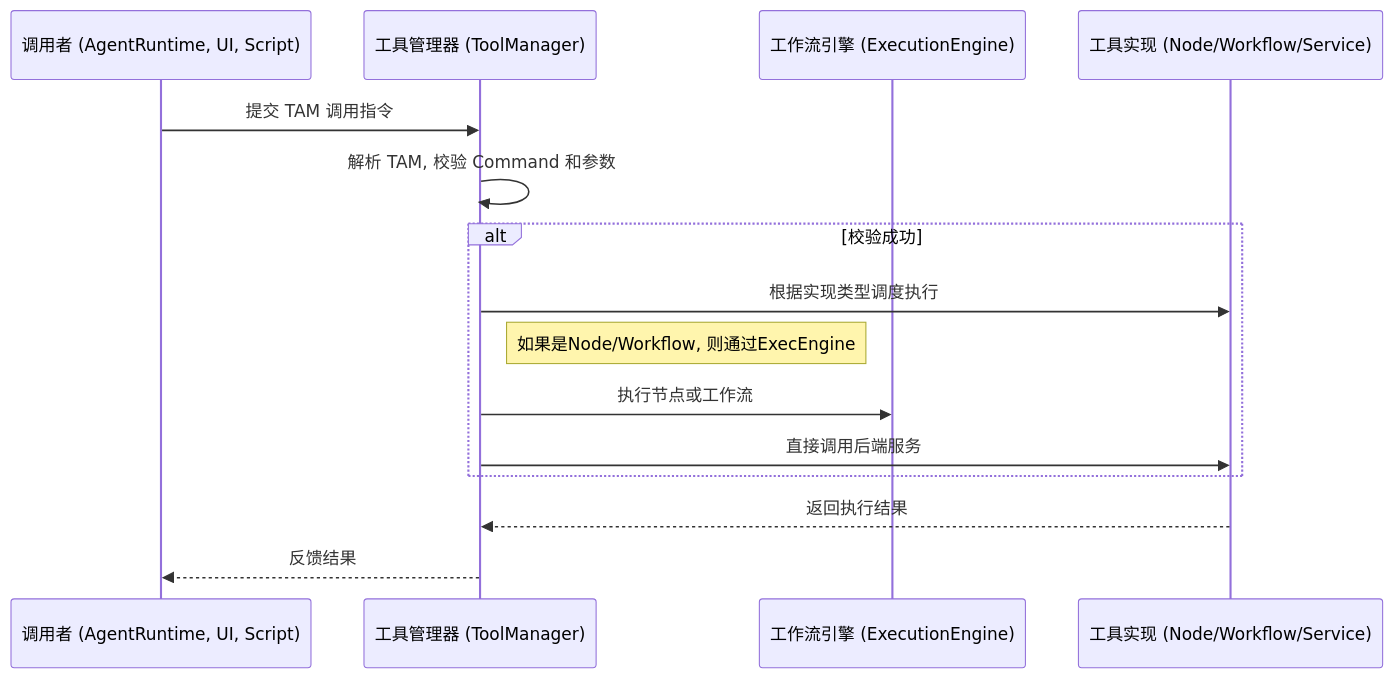
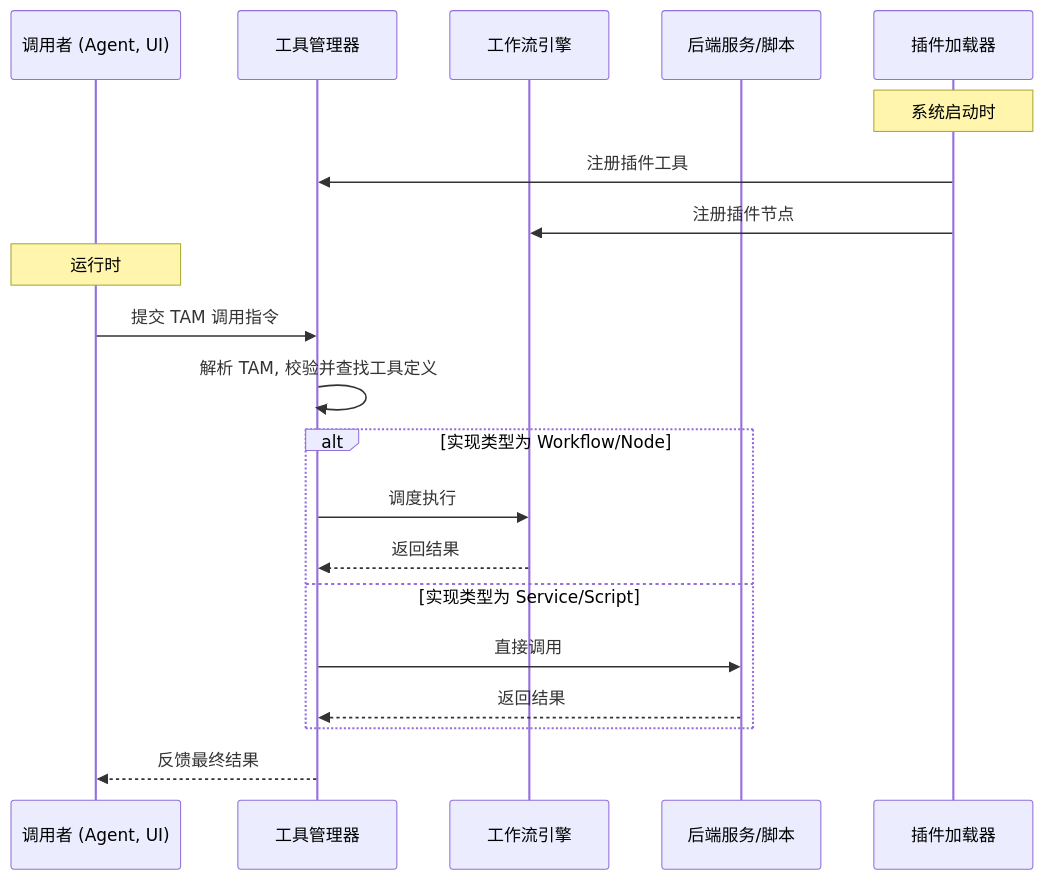
The diagram in DesignDocs/architecture/unified-plugin-and-tool-architecture.md (ComfyTavern/comfytavern), drawn with Mermaid before and after one commit. The commit also changed other lines of this file, not shown here.

````diff
--- a/DesignDocs/architecture/unified-plugin-and-tool-architecture.md
+++ b/DesignDocs/architecture/unified-plugin-and-tool-architecture.md
@@ -677,18 +345,24 @@
 ```mermaid
 sequenceDiagram
-    participant Caller as 调用者 (AgentRuntime, UI, Script)
-    participant ToolManager as 工具管理器 (ToolManager)
-    participant ExecEngine as 工作流引擎 (ExecutionEngine)
-    participant ToolImpl as 工具实现 (Node/Workflow/Service)
+    participant Caller as 调用者 (Agent, UI)
+    participant ToolManager as 工具管理器
+    participant ExecEngine as 工作流引擎
+    participant Service as 后端服务/脚本
+    participant PluginLoader as 插件加载器
 
+    Note over PluginLoader: 系统启动时
+    PluginLoader->>ToolManager: 注册插件工具
+    PluginLoader->>ExecEngine: 注册插件节点
+
+    Note over Caller: 运行时
     Caller->>ToolManager: 提交 TAM 调用指令
-    ToolManager->>ToolManager: 解析 TAM, 校验 Command 和参数
-    alt 校验成功
-        ToolManager->>ToolImpl: 根据实现类型调度执行
-        Note right of ToolManager: 如果是Node/Workflow, 则通过ExecEngine
-        ToolManager->>ExecEngine: 执行节点或工作流
-        ToolManager->>ToolImpl: 直接调用后端服务
+    ToolManager->>ToolManager: 解析 TAM, 校验并查找工具定义
+    alt 实现类型为 Workflow/Node
+        ToolManager->>ExecEngine: 调度执行
+        ExecEngine-->>ToolManager: 返回结果
+    else 实现类型为 Service/Script
+        ToolManager->>Service: 直接调用
+        Service-->>ToolManager: 返回结果
     end
-    ToolImpl-->>ToolManager: 返回执行结果
-    ToolManager-->>Caller: 反馈结果
+    ToolManager-->>Caller: 反馈最终结果
 ```
````
